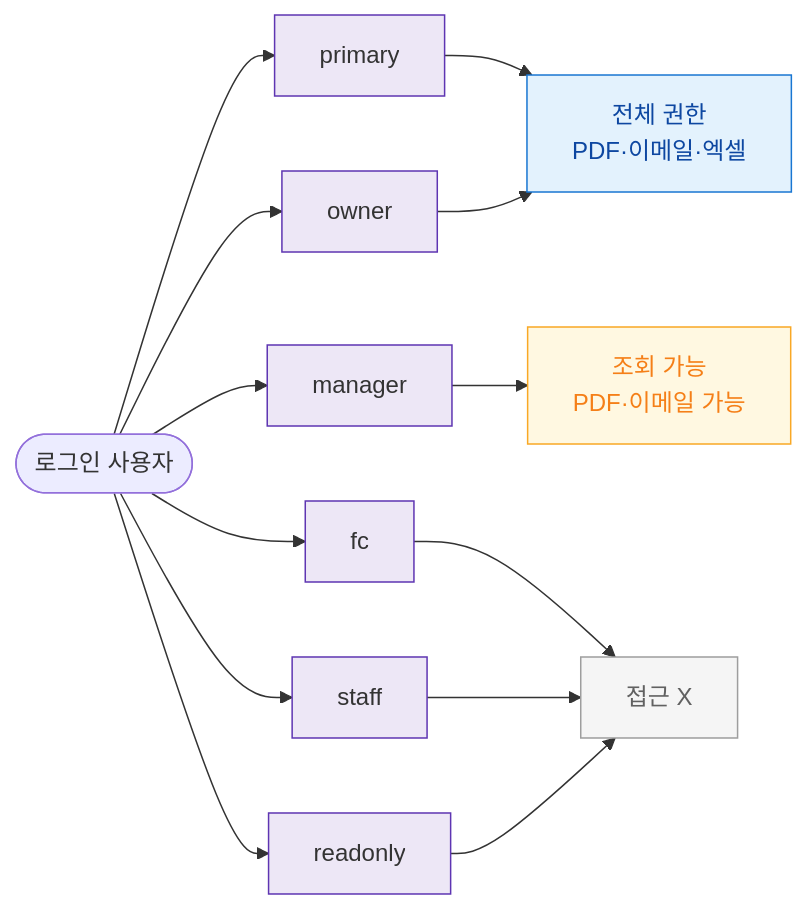
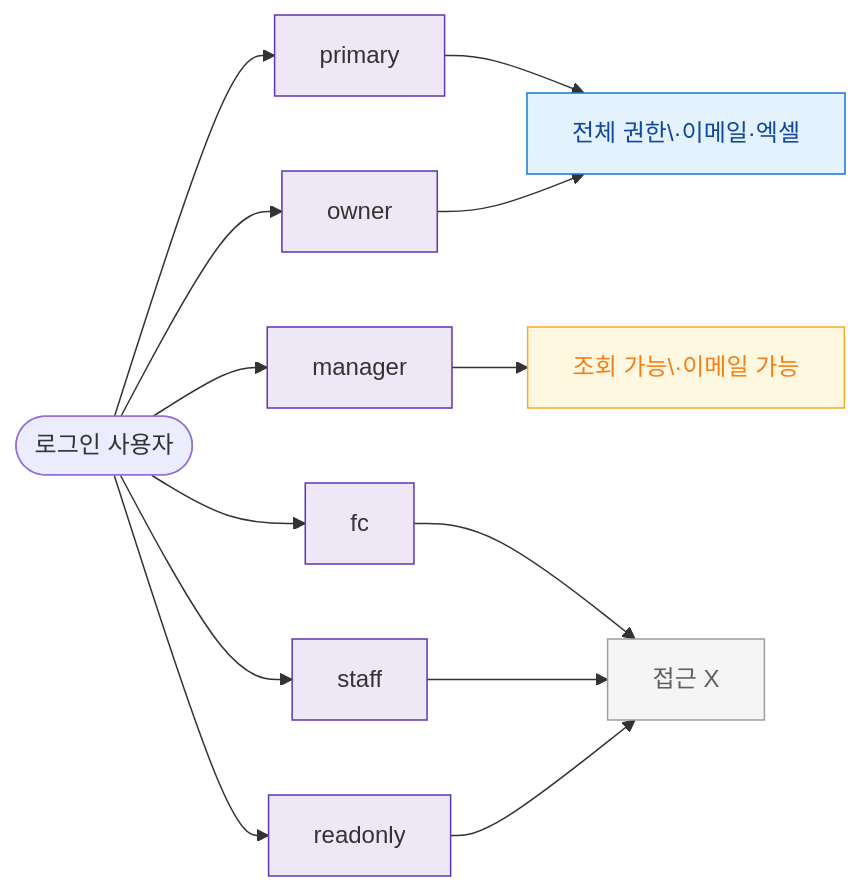
Before and after one commit to dev-spogym/admin-pando: the diagram in docs/다이어그램/D07_직원관리/SCR-065_급여명세서/F7_권한분기.md, drawn with Mermaid. The commit also changed other lines of this file and 1660 other files, not shown here.

First line of the commit message:
다이어그램: 기획자/클라이언트 납품본으로 정리

````diff
--- a/docs/다이어그램/D07_직원관리/SCR-065_급여명세서/F7_권한분기.md
+++ b/docs/다이어그램/D07_직원관리/SCR-065_급여명세서/F7_권한분기.md
@@ -14,20 +12,20 @@
 ```mermaid
 flowchart LR
   USER([로그인 사용자])
-  USER --> R_PRIMARY[primary] --> ACCESS_FULL[전체 권한\nPDF·이메일·엑셀]
+  USER --> R_PRIMARY[primary] --> ACCESS_FULL[전체 권한\·이메일·엑셀]
   USER --> R_OWNER[owner] --> ACCESS_FULL
-  USER --> R_MANAGER[manager] --> ACCESS_VIEW[조회 가능\nPDF·이메일 가능]
+  USER --> R_MANAGER[manager] --> ACCESS_VIEW[조회 가능\·이메일 가능]
   USER --> R_FC[fc] --> BLOCKED[접근 X]
   USER --> R_STAFF[staff] --> BLOCKED
   USER --> R_READONLY[readonly] --> BLOCKED
 
-  classDef screen      fill:#E3F2FD,stroke:#1976D2,color:#0D47A1
+  classDef screen fill:#E3F2FD,stroke:#1976D2,color:#0D47A1
   classDef rbacBlocked fill:#F5F5F5,stroke:#9E9E9E,color:#616161
-  classDef system      fill:#EDE7F6,stroke:#5E35B2
-  classDef warning     fill:#FFF8E1,stroke:#F9A825,color:#F57F17
+  classDef system fill:#EDE7F6,stroke:#5E35B2
+  classDef warning fill:#FFF8E1,stroke:#F9A825,color:#F57F17
 
   class ACCESS_FULL screen
   class ACCESS_VIEW warning
   class BLOCKED rbacBlocked
   class R_PRIMARY,R_OWNER,R_MANAGER,R_FC,R_STAFF,R_READONLY system
 ```
````
